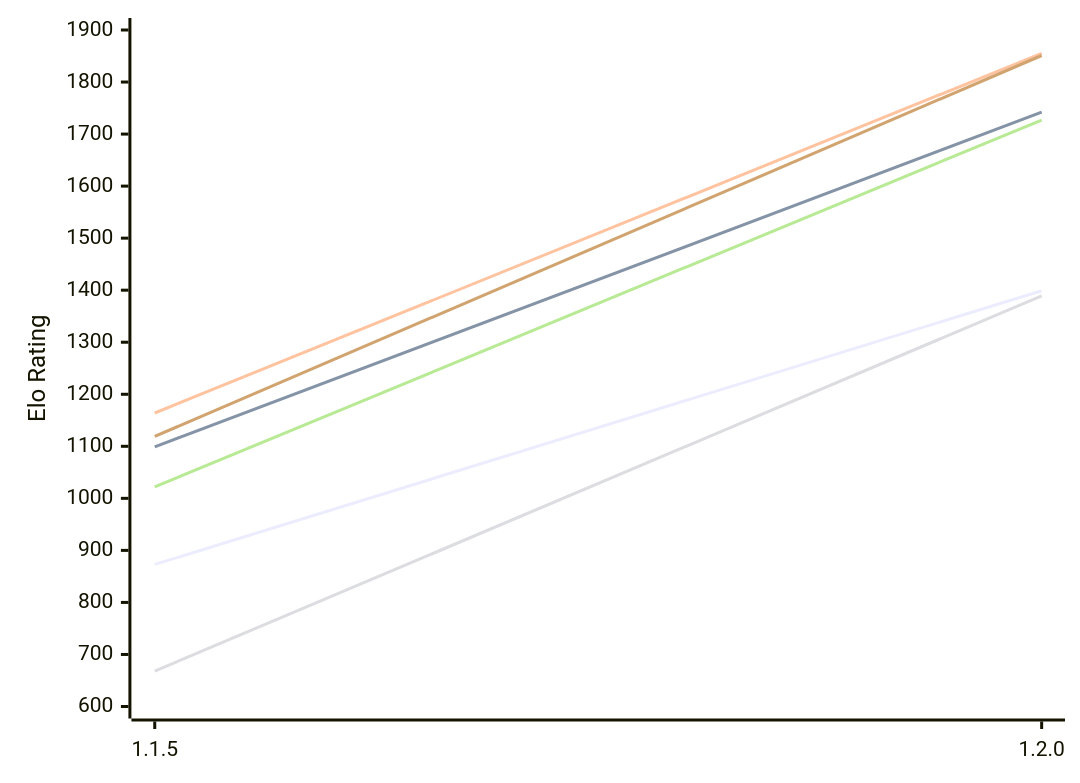
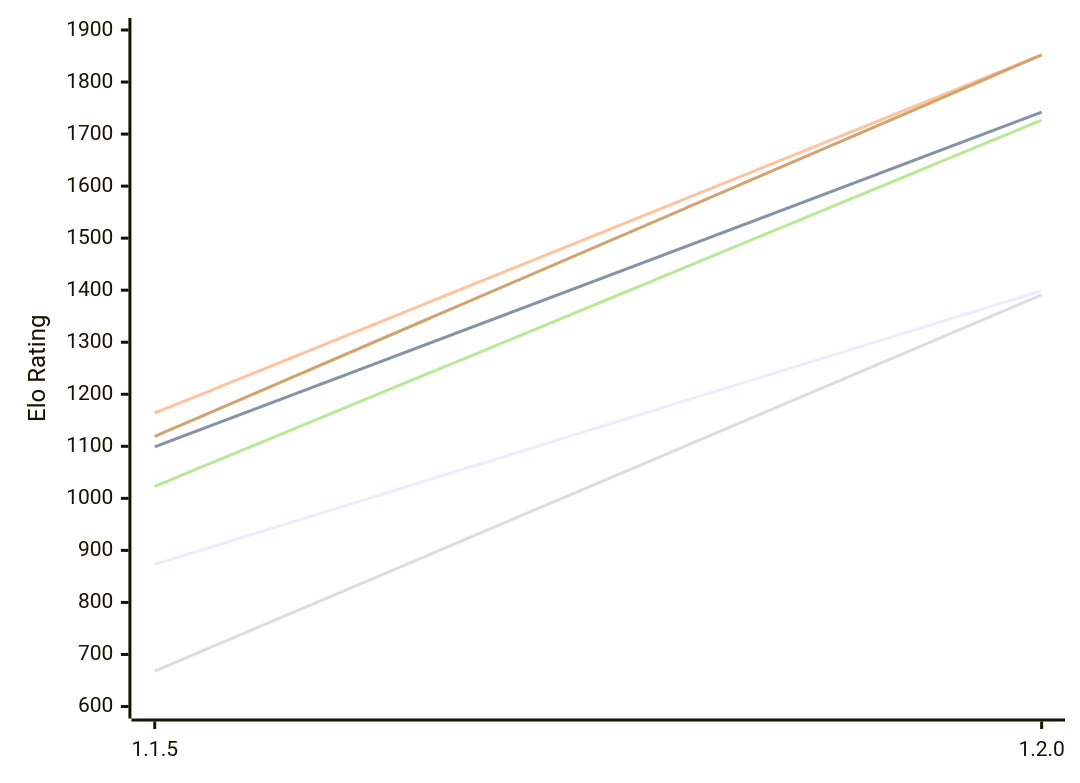
Before and after one commit to computer-chess-index/cci: the first of 2 diagrams in engines/ChessCore.md, drawn with Mermaid. The commit also changed other lines of this file, not shown here.

Commit message:
Update CCI Ratings (ELO VLTC) - 2026-11-28

````diff
--- a/engines/ChessCore.md
+++ b/engines/ChessCore.md
@@ -53,12 +53,12 @@
 ```mermaid
 %%{init: {"theme":"base","themeVariables":{"seriesColors:['#a3a3a3','#222221','#faa371']}}}%%
 xychart-beta
   x-axis ["1.1.5", "1.2.0"]
   y-axis "Elo Rating" 600 --> 1900
   line "E1: STC (8.0+0.08s)" [873, 1399]
   line "E1: LTC (60.0+0.60s)" [1099, 1742]
-  line "E1: VLTC (2m24s+1.12s)" [1164, 1855]
-  line "P1: STC (8.0+0.08s)" [668, 1389]
-  line "P1: LTC (60.0+0.60s)" [1022, 1727]
-  line "P1: VLTC (2m24s+1.12s)" [1119, 1851]
+  line "E1: VLTC (2m24s+1.12s)" [1164, 1852]
+  line "P1: STC (8.0+0.08s)" [668, 1391]
+  line "P1: LTC (60.0+0.60s)" [1023, 1727]
+  line "P1: VLTC (2m24s+1.12s)" [1119, 1852]
 ```
````
